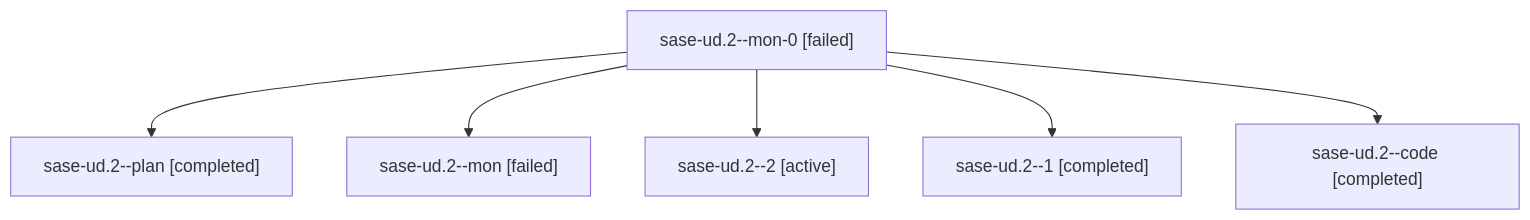
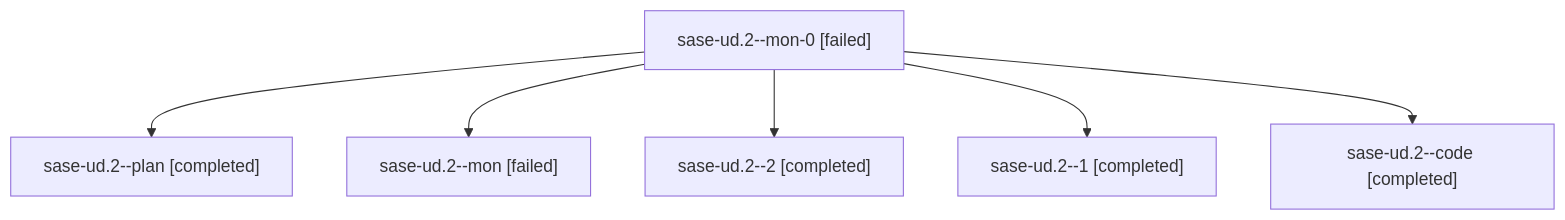
Before and after one commit to sase-org/sase--agents: the diagram in families/bbugyi200.athena.sase-ud.2.md, drawn with Mermaid. The commit also changed other lines of this file and 493 other files, not shown here.

````diff
--- a/families/bbugyi200.athena.sase-ud.2.md
+++ b/families/bbugyi200.athena.sase-ud.2.md
@@ -9,14 +9,14 @@
 ```mermaid
 flowchart TD
   n0["sase-ud.2--mon-0 [failed]"]
   n1["sase-ud.2--plan [completed]"]
   n0 --> n1
   n2["sase-ud.2--mon [failed]"]
   n0 --> n2
-  n3["sase-ud.2--2 [active]"]
+  n3["sase-ud.2--2 [completed]"]
   n0 --> n3
   n4["sase-ud.2--1 [completed]"]
   n0 --> n4
   n5["sase-ud.2--code [completed]"]
   n0 --> n5
 ```
````
